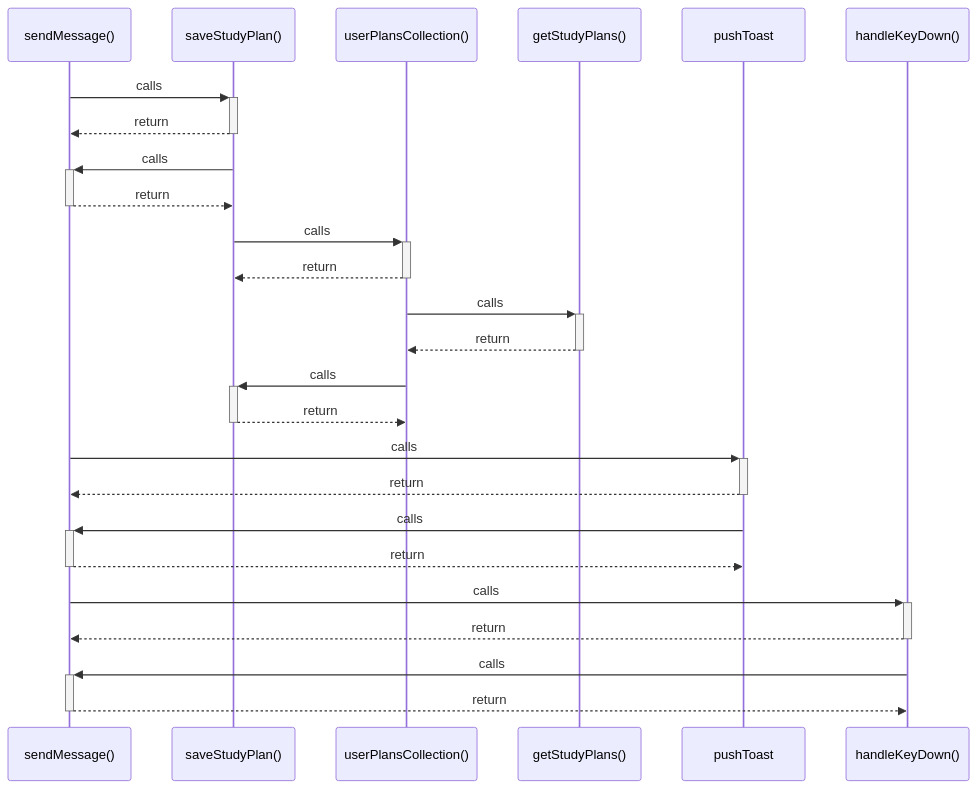
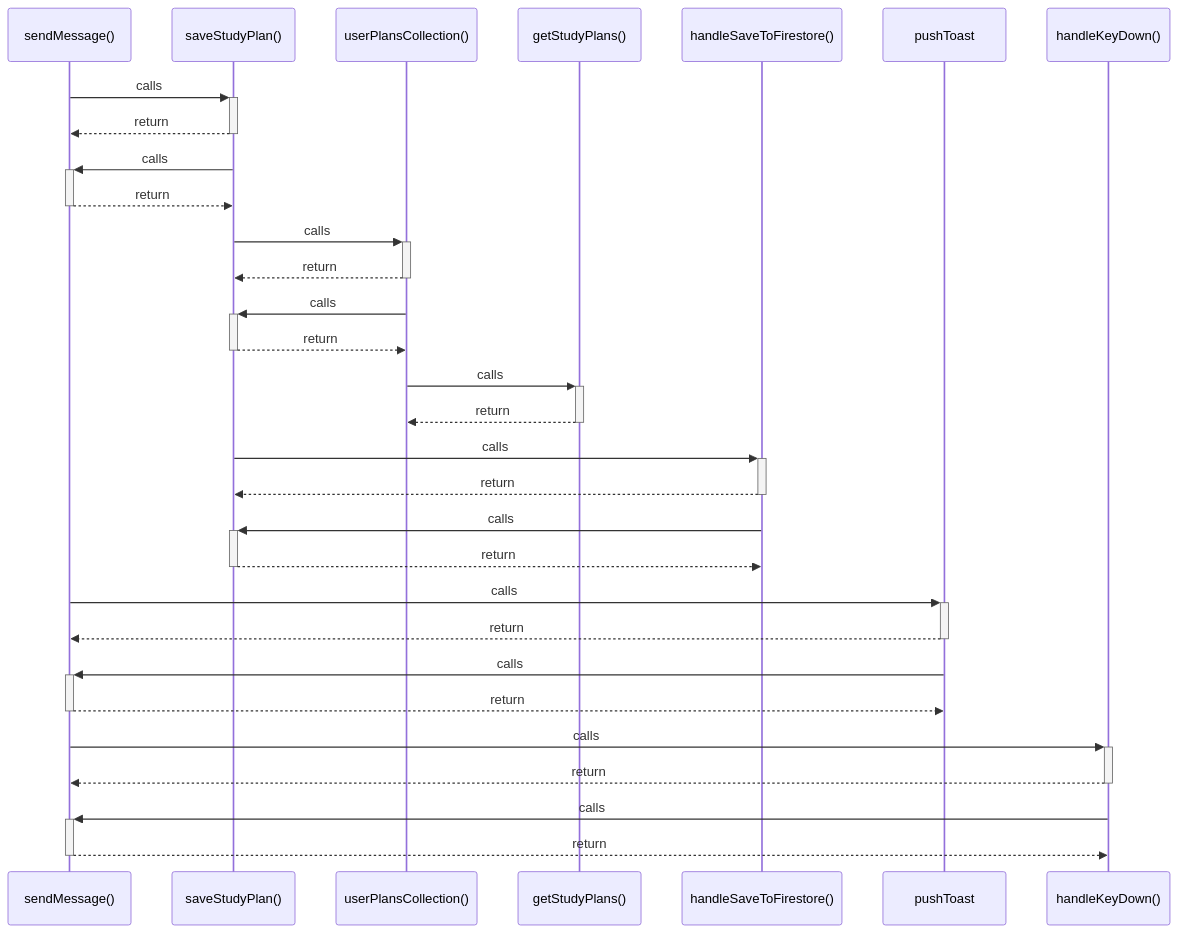
The diagram in src/graphify-out/wiki/sendMessage().md (Exselsa/studysync-ai), drawn with Mermaid before and after one commit. The commit also changed 39 other files, not shown here.

````diff
--- a/src/graphify-out/wiki/sendMessage().md
+++ b/src/graphify-out/wiki/sendMessage().md
@@ -7,27 +7,32 @@
 ```mermaid
 sequenceDiagram
     participant P0 as sendMessage()
     participant P1 as saveStudyPlan()
     participant P2 as userPlansCollection()
     participant P3 as getStudyPlans()
-    participant P4 as pushToast
-    participant P5 as handleKeyDown()
+    participant P4 as handleSaveToFirestore()
+    participant P5 as pushToast
+    participant P6 as handleKeyDown()
     P0->>+ P1: calls
     P1-->>- P0: return
     P1->>+ P0: calls
     P0-->>- P1: return
     P1->>+ P2: calls
     P2-->>- P1: return
+    P2->>+ P1: calls
+    P1-->>- P2: return
     P2->>+ P3: calls
     P3-->>- P2: return
-    P2->>+ P1: calls
-    P1-->>- P2: return
-    P0->>+ P4: calls
-    P4-->>- P0: return
-    P4->>+ P0: calls
-    P0-->>- P4: return
+    P1->>+ P4: calls
+    P4-->>- P1: return
+    P4->>+ P1: calls
+    P1-->>- P4: return
     P0->>+ P5: calls
     P5-->>- P0: return
     P5->>+ P0: calls
     P0-->>- P5: return
+    P0->>+ P6: calls
+    P6-->>- P0: return
+    P6->>+ P0: calls
+    P0-->>- P6: return
 ```
````
